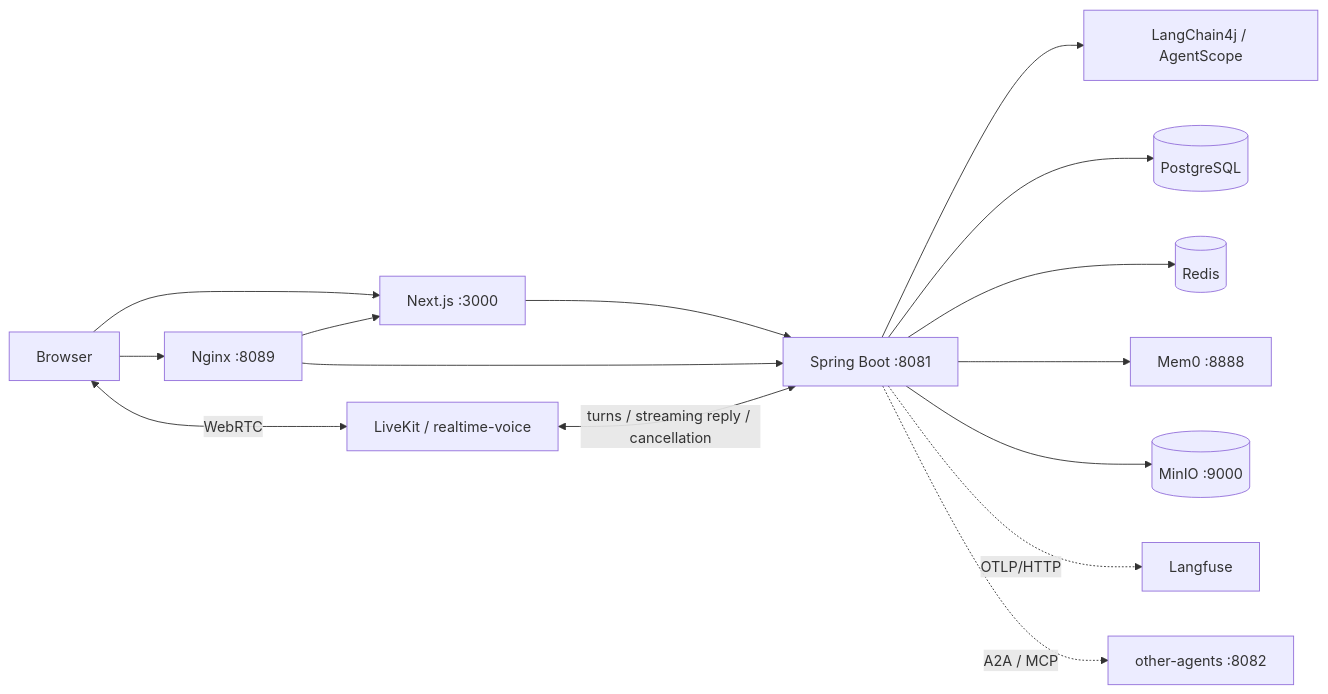
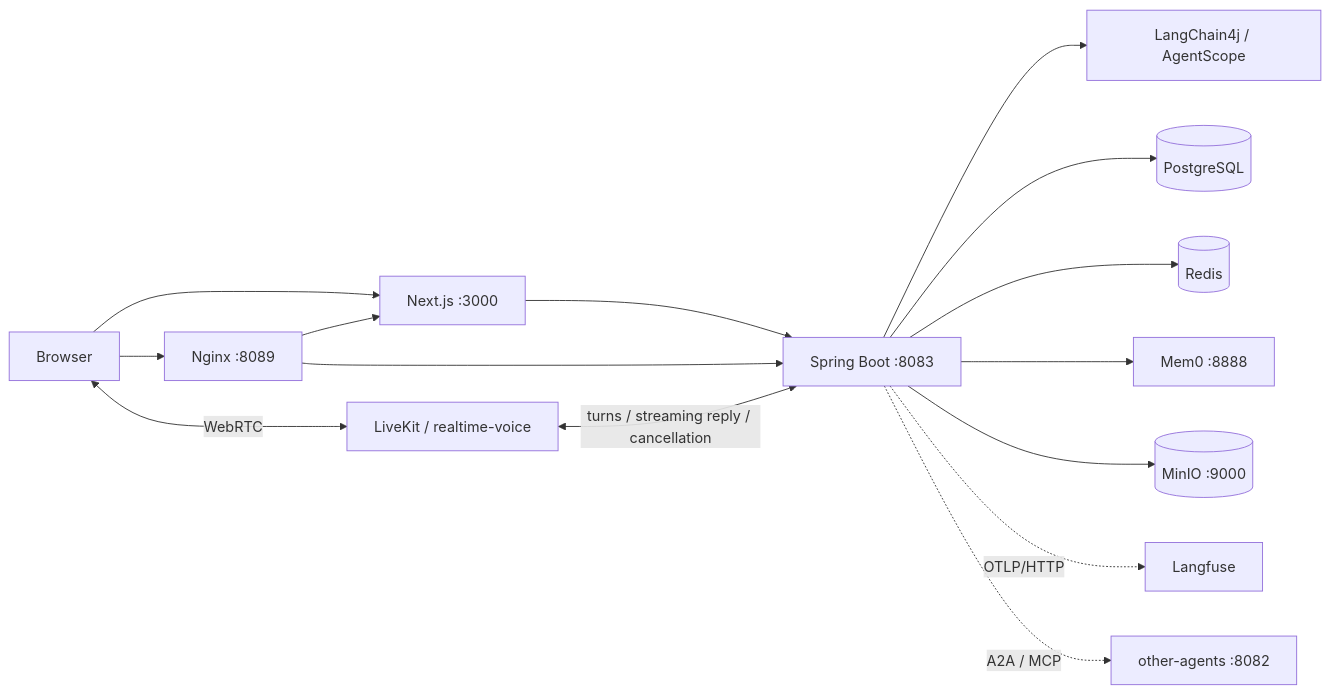
The diagram in README.md (lianglianggege1/h-agent), drawn with Mermaid before and after one commit. The commit also changed other lines of this file and 21 other files, not shown here.

````diff
--- a/README.md
+++ b/README.md
@@ -25,19 +25,19 @@
 ```mermaid
 flowchart LR
     U[Browser] --> F[Next.js :3000]
     U --> N[Nginx :8089]
     N --> F
-    N --> B[Spring Boot :8081]
+    N --> B[Spring Boot :8083]
     F --> B
 
     B --> A[LangChain4j / AgentScope]
     B --> P[(PostgreSQL)]
     B --> R[(Redis)]
     B --> M[Mem0 :8888]
     B --> O[(MinIO :9000)]
     B -. OTLP/HTTP .-> L[Langfuse]
     B -. A2A / MCP .-> X[other-agents :8082]
 
     U <-->|WebRTC| V[LiveKit / realtime-voice]
     V <-->|turns / streaming reply / cancellation| B
 ```
````
